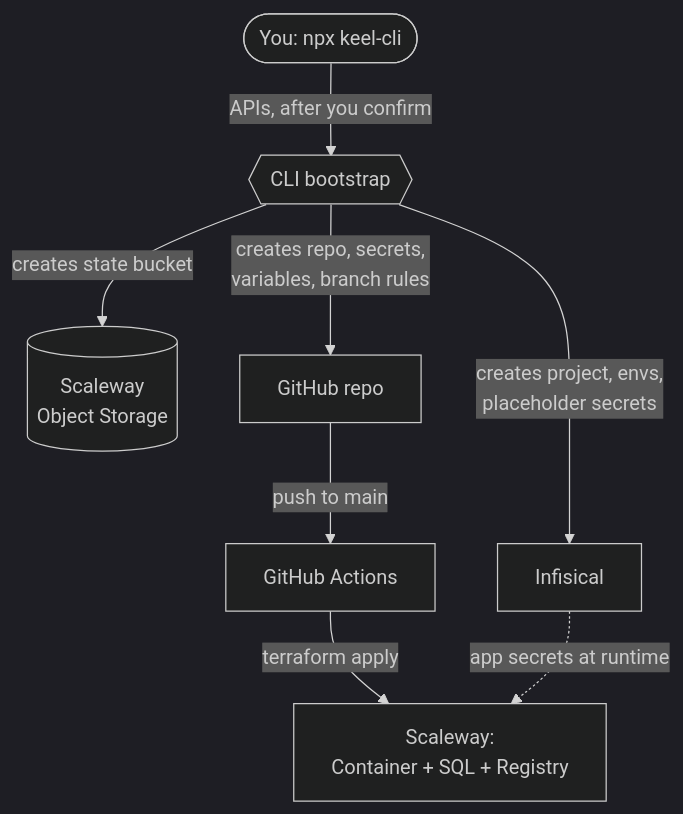
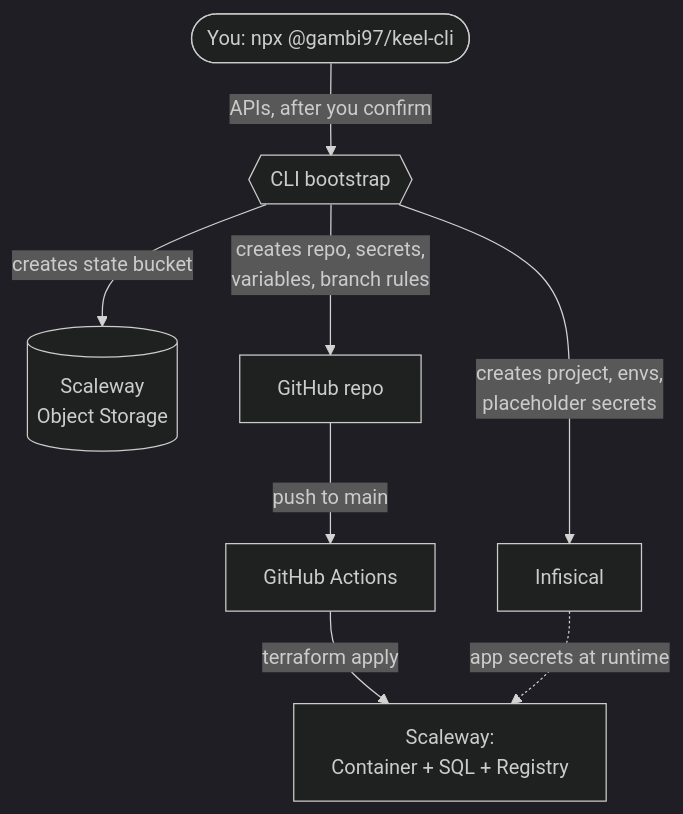
One commit to Gambi97/keel changed the diagram in README.md. Above: the diagram before and after it, drawn with Mermaid (dark theme). The commit also changed other lines of this file and 4 other files, not shown here.

First line of the commit message:
Rename npm package to @gambi97/keel-cli

````diff
--- a/README.md
+++ b/README.md
@@ -135,10 +135,10 @@
 ```mermaid
 flowchart TD
-    You([You: npx keel-cli]) -->|APIs, after you confirm| CLI{{CLI bootstrap}}
+    You([You: npx @gambi97/keel-cli]) -->|APIs, after you confirm| CLI{{CLI bootstrap}}
     CLI -->|creates state bucket| SCW[(Scaleway<br/>Object Storage)]
     CLI -->|creates repo, secrets,<br/>variables, branch rules| GH[GitHub repo]
     CLI -->|creates project, envs,<br/>placeholder secrets| INF[Infisical]
     GH -->|push to main| ACT[GitHub Actions]
     ACT -->|terraform apply| PROD[Scaleway:<br/>Container + SQL + Registry]
     INF -.->|app secrets at runtime| PROD
 ```
````
